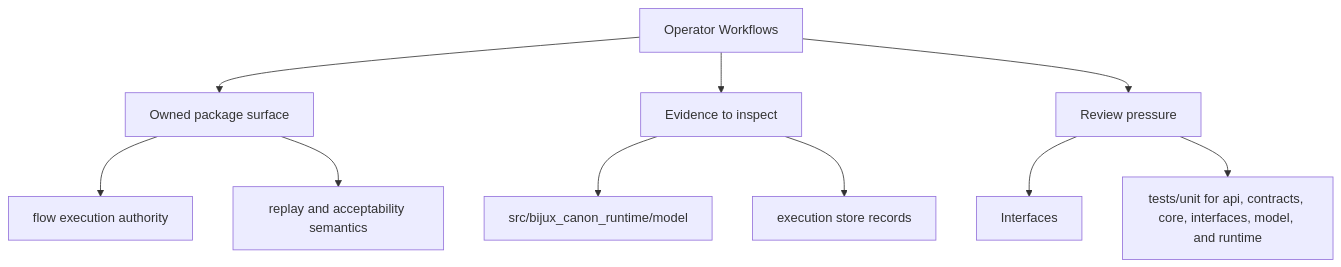
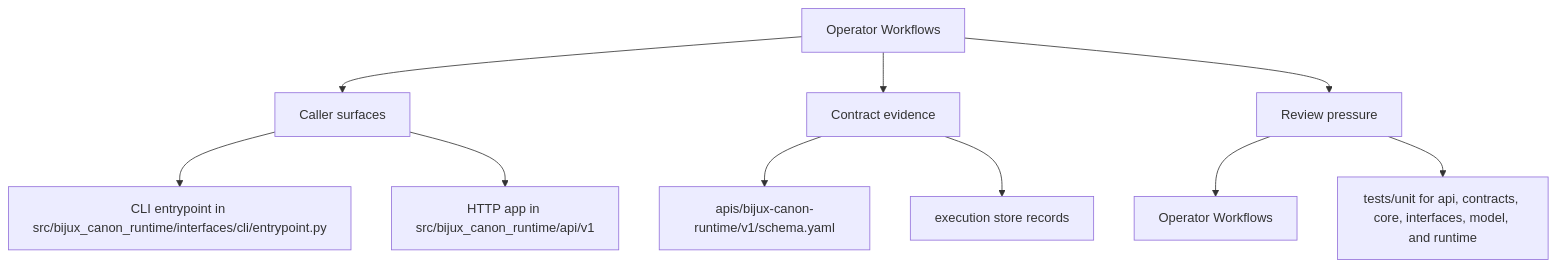
The second of 2 diagrams in docs/bijux-canon-runtime/interfaces/operator-workflows.md (bijux/bijux-canon), drawn with Mermaid before and after one commit. The commit also changed other lines of this file and 250 other files, not shown here.

Commit message:
docs(diagrams): make product page maps more readable

````diff
--- a/docs/bijux-canon-runtime/interfaces/operator-workflows.md
+++ b/docs/bijux-canon-runtime/interfaces/operator-workflows.md
@@ -34,22 +34,22 @@
 ```mermaid
 flowchart TD
     page["Operator Workflows"]
-    focus1["Owned package surface"]
+    focus1["Caller surfaces"]
     page --> focus1
-    focus1_1["flow execution authority"]
+    focus1_1["CLI entrypoint in src/bijux_canon_runtime/interfaces/cli/entrypoint.py"]
     focus1 --> focus1_1
-    focus1_2["replay and acceptability semantics"]
+    focus1_2["HTTP app in src/bijux_canon_runtime/api/v1"]
     focus1 --> focus1_2
-    focus2["Evidence to inspect"]
+    focus2["Contract evidence"]
     page --> focus2
-    focus2_1["src/bijux_canon_runtime/model"]
+    focus2_1["apis/bijux-canon-runtime/v1/schema.yaml"]
     focus2 --> focus2_1
     focus2_2["execution store records"]
     focus2 --> focus2_2
     focus3["Review pressure"]
     page --> focus3
-    focus3_1["Interfaces"]
+    focus3_1["Operator Workflows"]
     focus3 --> focus3_1
     focus3_2["tests/unit for api, contracts, core, interfaces, model, and runtime"]
     focus3 --> focus3_2
 ```
````
